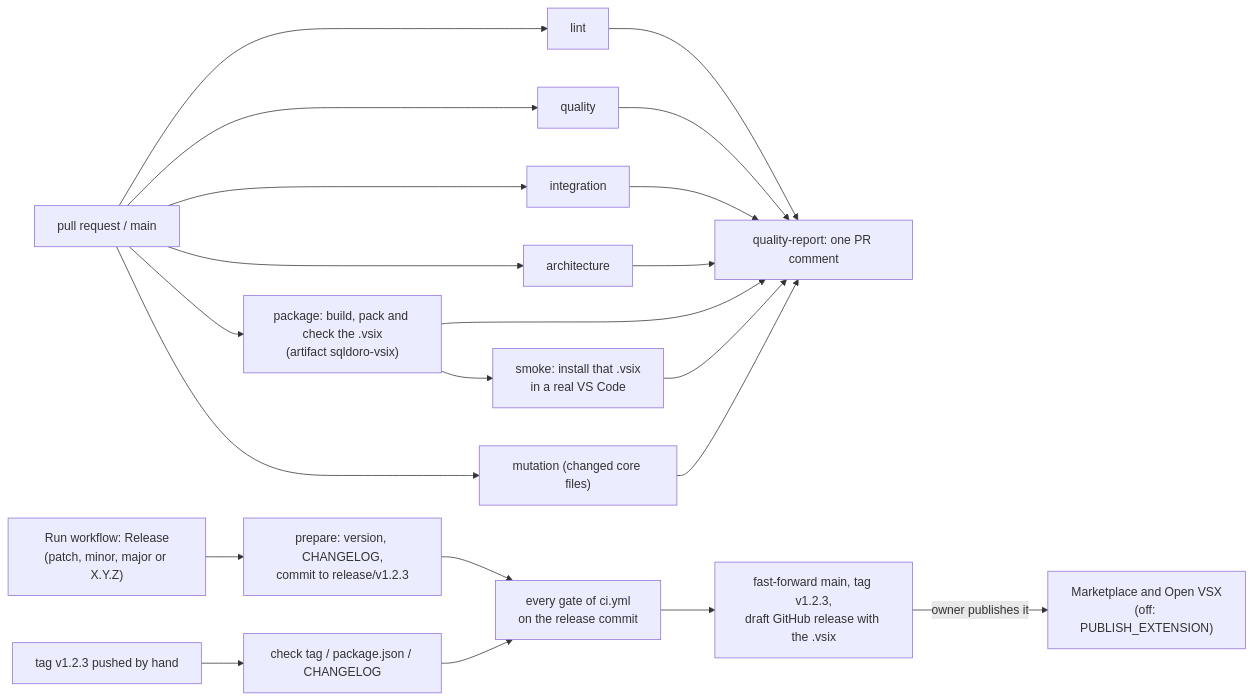
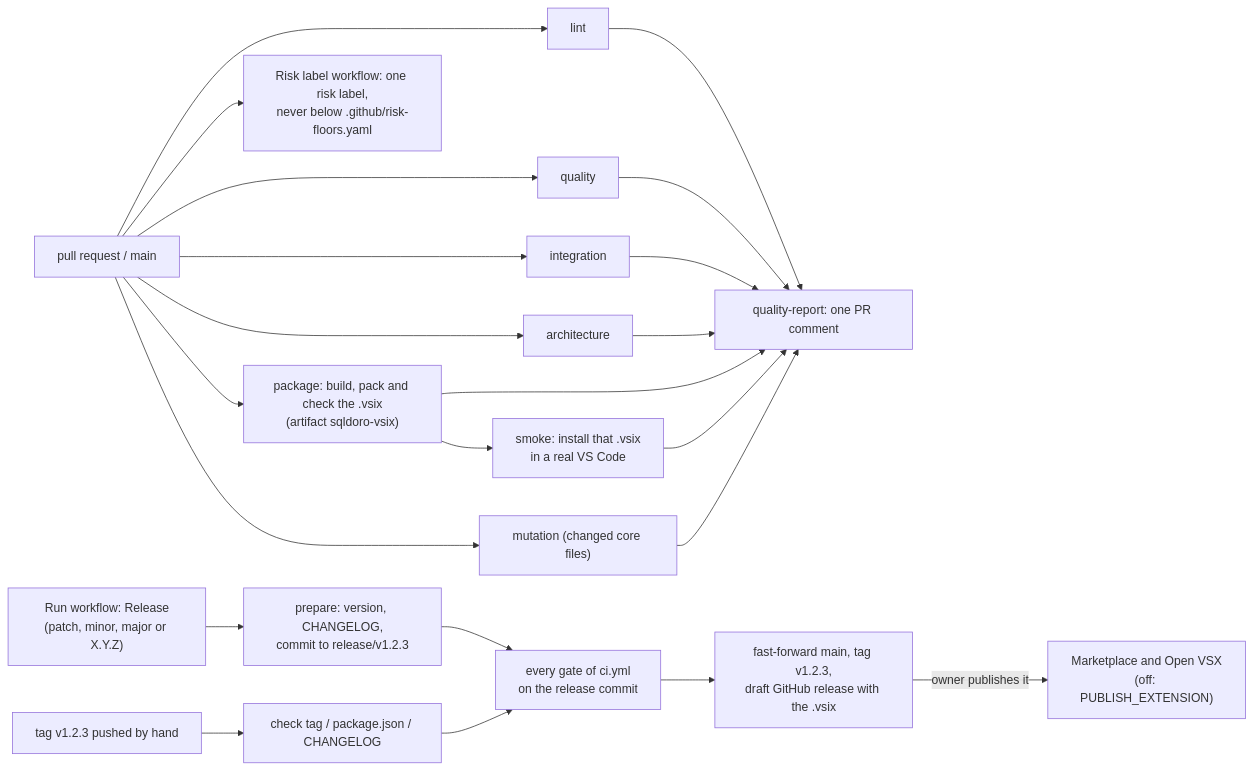
One commit to mathmed/sqldoro changed the fifth of 5 diagrams in docs/ARCHITECTURE.md. Above: the diagram before and after it, drawn with Mermaid. The commit also changed other lines of this file and 54 other files, not shown here.

Commit message:
ci: add a suppression ratchet, risk floors and a risk-first PR flow (#30)

````diff
--- a/docs/ARCHITECTURE.md
+++ b/docs/ARCHITECTURE.md
@@ -237,10 +237,11 @@
 ```mermaid
 flowchart LR
   pr["pull request / main"] --> lint & quality & integration & architecture & package
   package["package: build, pack and check the .vsix<br/>(artifact sqldoro-vsix)"] --> smoke["smoke: install that .vsix<br/>in a real VS Code"]
   pr --> mutation["mutation (changed core files)"]
   lint & quality & integration & architecture & package & smoke & mutation --> report["quality-report: one PR comment"]
+  pr --> risk["Risk label workflow: one risk label,<br/>never below .github/risk-floors.yaml"]
   run["Run workflow: Release<br/>(patch, minor, major or X.Y.Z)"] --> prepare["prepare: version, CHANGELOG,<br/>commit to release/v1.2.3"] --> gates["every gate of ci.yml<br/>on the release commit"] --> draft["fast-forward main, tag v1.2.3,<br/>draft GitHub release with the .vsix"]
   tag["tag v1.2.3 pushed by hand"] --> check["check tag / package.json / CHANGELOG"] --> gates
   draft -->|"owner publishes it"| publish["Marketplace and Open VSX<br/>(off: PUBLISH_EXTENSION)"]
 ```
````
